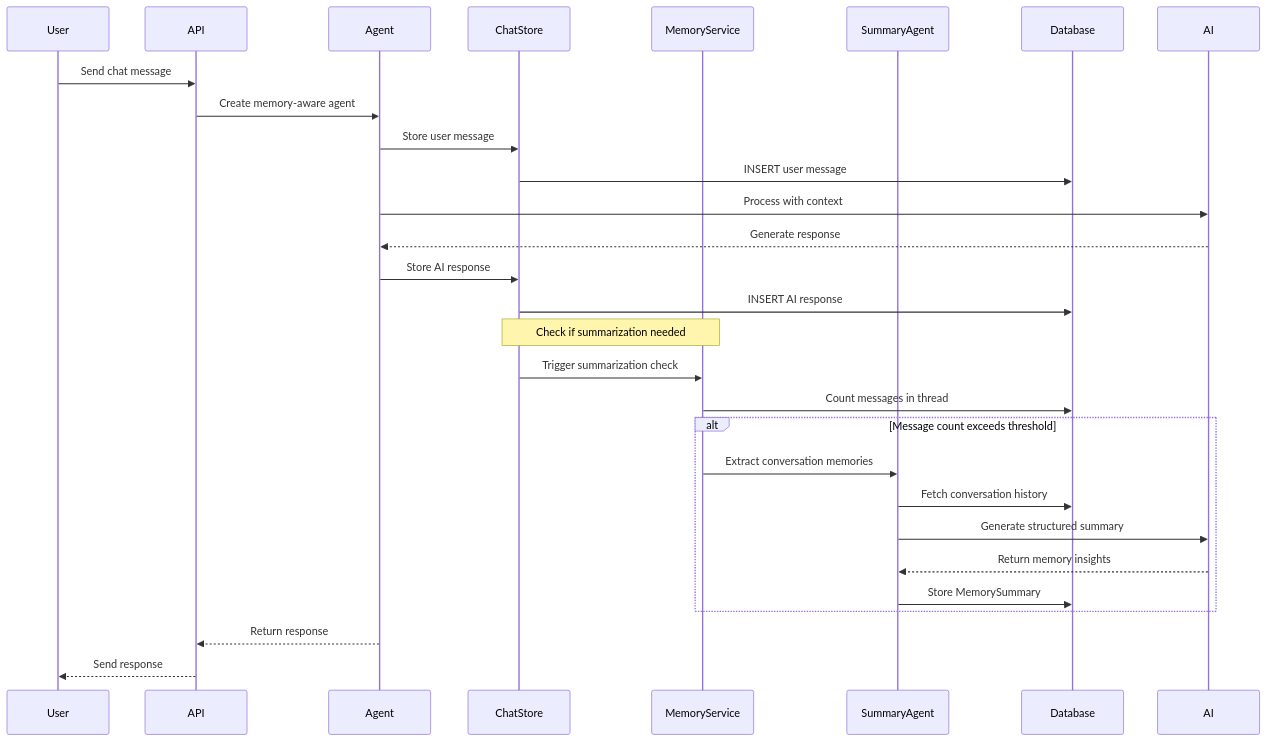
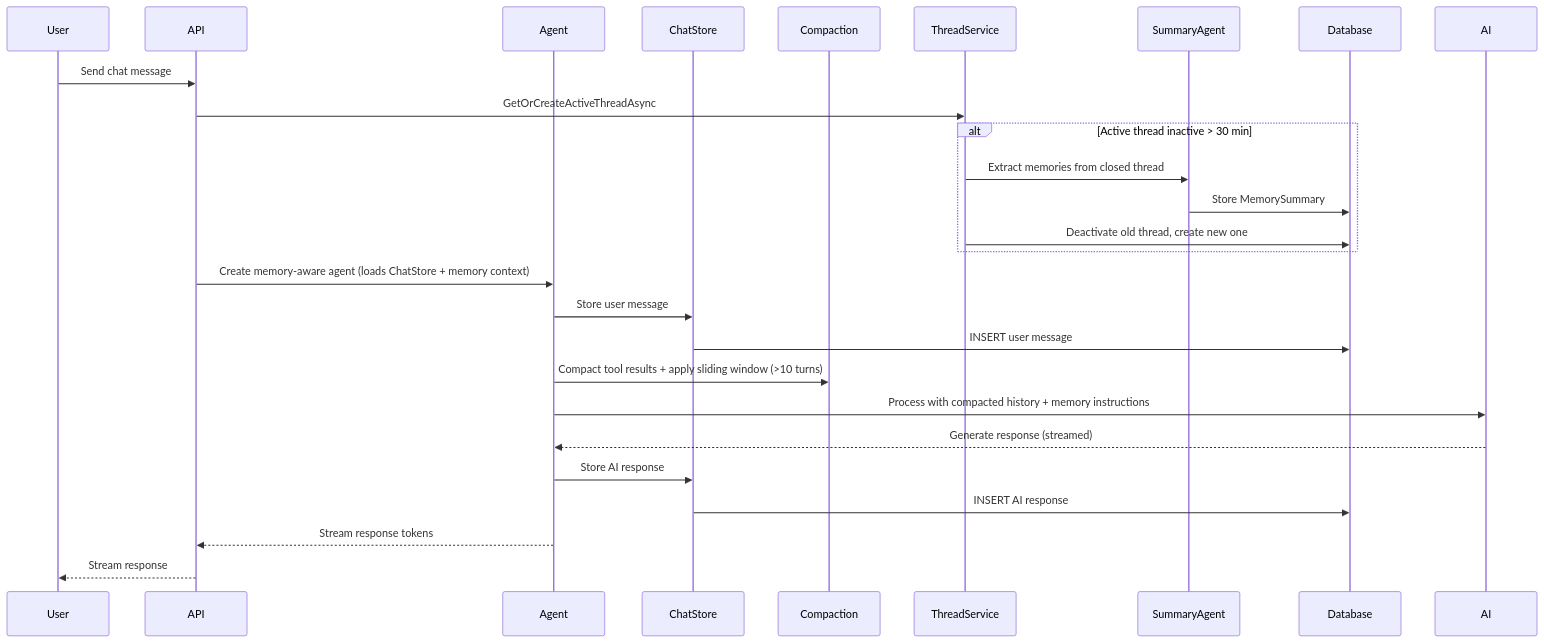
The diagram in docs/Memory-Architecture.md (fargum/portfoliomanager), drawn with Mermaid before and after one commit. The commit also changed other lines of this file, not shown here.

First line of the commit message:
docs: update memory architecture doc to match current implementation

````diff
--- a/docs/Memory-Architecture.md
+++ b/docs/Memory-Architecture.md
@@ -104,33 +109,29 @@
 ```mermaid
 sequenceDiagram
     participant User
     participant API
     participant Agent
     participant ChatStore
-    participant MemoryService
+    participant Compaction
+    participant ThreadService
     participant SummaryAgent
     participant Database
 
     User->>API: Send chat message
-    API->>Agent: Create memory-aware agent
+    API->>ThreadService: GetOrCreateActiveThreadAsync
+    alt Active thread inactive > 30 min
+        ThreadService->>SummaryAgent: Extract memories from closed thread
+        SummaryAgent->>Database: Store MemorySummary
+        ThreadService->>Database: Deactivate old thread, create new one
+    end
+    API->>Agent: Create memory-aware agent (loads ChatStore + memory context)
     Agent->>ChatStore: Store user message
     ChatStore->>Database: INSERT user message
-    Agent->>AI: Process with context
-    AI-->>Agent: Generate response
+    Agent->>Compaction: Compact tool results + apply sliding window (>10 turns)
+    Agent->>AI: Process with compacted history + memory instructions
+    AI-->>Agent: Generate response (streamed)
     Agent->>ChatStore: Store AI response
     ChatStore->>Database: INSERT AI response
-    
-    Note over ChatStore,MemoryService: Check if summarization needed
-    ChatStore->>MemoryService: Trigger summarization check
-    MemoryService->>Database: Count messages in thread
-    alt Message count exceeds threshold
-        MemoryService->>SummaryAgent: Extract conversation memories
-        SummaryAgent->>Database: Fetch conversation history
-        SummaryAgent->>AI: Generate structured summary
-        AI-->>SummaryAgent: Return memory insights
-        SummaryAgent->>Database: Store MemorySummary
-    end
-    
-    Agent-->>API: Return response
-    API-->>User: Send response
+    Agent-->>API: Stream response tokens
+    API-->>User: Stream response
 ```
````
